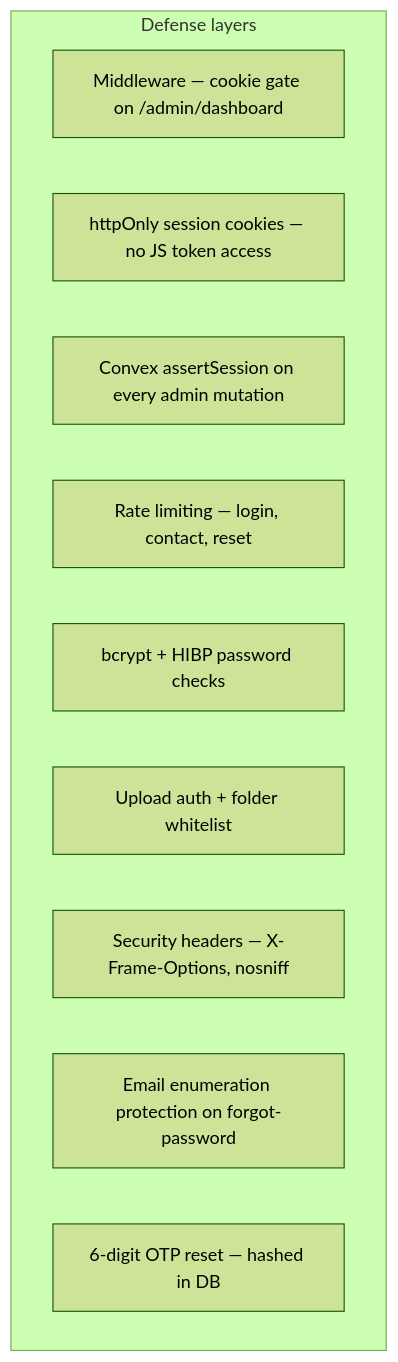
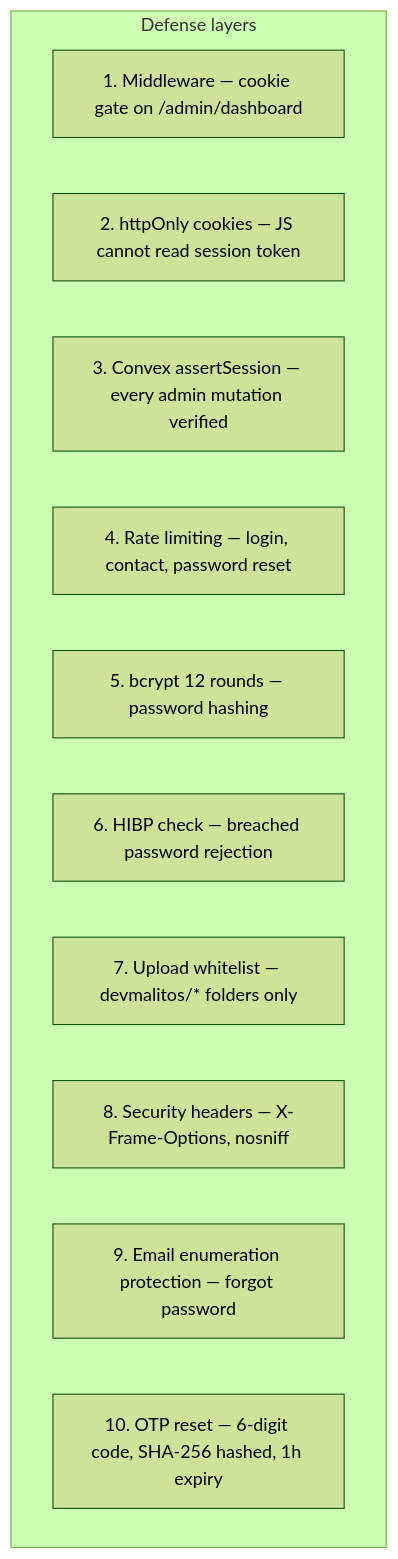
Before and after one commit to mawlid1431/Portfolio: diagram 15 of 15 in README.md, drawn with Mermaid (forest theme). The commit also changed other lines of this file, not shown here.

````diff
--- a/README.md
+++ b/README.md
@@ -734,14 +980,15 @@
 ```mermaid
 flowchart TD
   subgraph Layers["Defense layers"]
-    A["Middleware — cookie gate on /admin/dashboard"]
-    B["httpOnly session cookies — no JS token access"]
-    C["Convex assertSession on every admin mutation"]
-    D["Rate limiting — login, contact, reset"]
-    E["bcrypt + HIBP password checks"]
-    F["Upload auth + folder whitelist"]
-    G["Security headers — X-Frame-Options, nosniff"]
-    H["Email enumeration protection on forgot-password"]
-    I["6-digit OTP reset — hashed in DB"]
+    L1["1. Middleware — cookie gate on /admin/dashboard"]
+    L2["2. httpOnly cookies — JS cannot read session token"]
+    L3["3. Convex assertSession — every admin mutation verified"]
+    L4["4. Rate limiting — login, contact, password reset"]
+    L5["5. bcrypt 12 rounds — password hashing"]
+    L6["6. HIBP check — breached password rejection"]
+    L7["7. Upload whitelist — devmalitos/* folders only"]
+    L8["8. Security headers — X-Frame-Options, nosniff"]
+    L9["9. Email enumeration protection — forgot password"]
+    L10["10. OTP reset — 6-digit code, SHA-256 hashed, 1h expiry"]
   end
 ```
````
